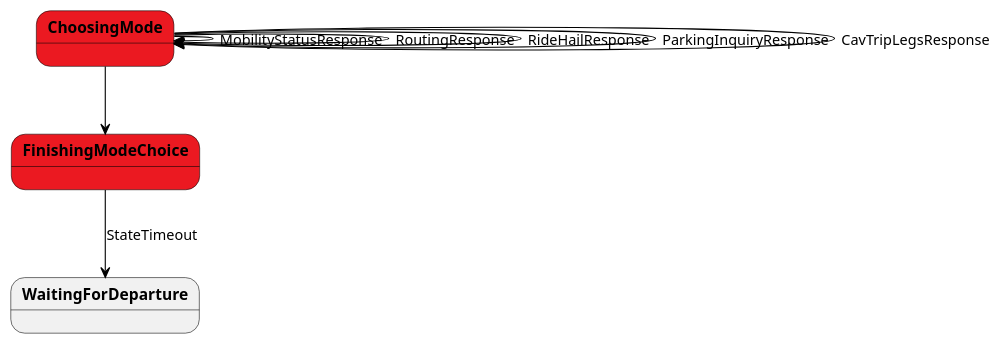
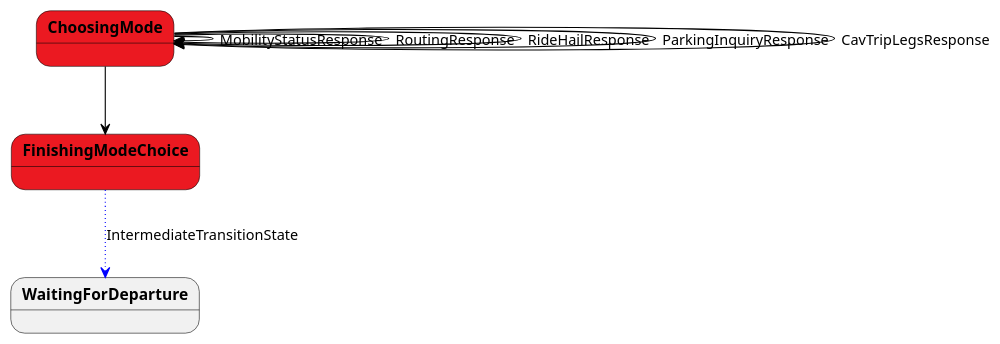
Before and after one commit to LBNL-UCB-STI/beam: the diagram in docs/uml/ChoosesModeFSM.puml, drawn with PlantUML. The commit also changed 5 other files, not shown here.

```diff
--- a/docs/uml/ChoosesModeFSM.puml
+++ b/docs/uml/ChoosesModeFSM.puml
@@ -1,25 +1,24 @@
 @startuml
 
 scale 1000 width
 skinparam stateBorderColor #black
 skinparam stateFontStyle bold
 skinparam arrowColor #black
 
 ' BeamAgent: States '
 state ChoosingMode #eb1921
 
 state FinishingModeChoice #eb1921
 
 'Transition State'
 
-FinishingModeChoice --> WaitingForDeparture : StateTimeout
+FinishingModeChoice -[#blue,dotted]-> WaitingForDeparture : IntermediateTransitionState
 ChoosingMode --> ChoosingMode : MobilityStatusResponse
 ChoosingMode --> ChoosingMode : RoutingResponse
 ChoosingMode --> ChoosingMode : RideHailResponse
 ChoosingMode --> ChoosingMode : ParkingInquiryResponse
 ChoosingMode --> ChoosingMode : CavTripLegsResponse
 ChoosingMode --> FinishingModeChoice
 
 
-
 @enduml
```
